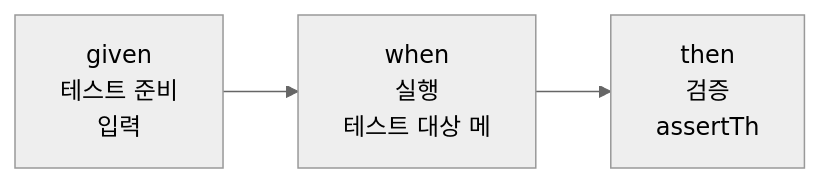
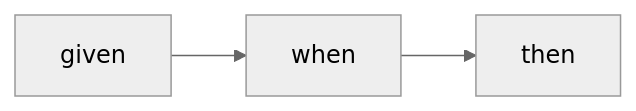
One commit to yjkim2015/yjkim2015.github.io changed the fourth of 5 diagrams in _posts/springboot/2021-05-30-springboot-회원 관리 예제.md. Above: the diagram before and after it, drawn with Mermaid (neutral theme). The commit also changed other lines of this file and 217 other files, not shown here.

First line of the commit message:
Mermaid 크기 수정: useMaxWidth:true + SVG max-width:100% + 라벨 축소

````diff
--- a/_posts/springboot/2021-05-30-springboot-회원 관리 예제.md
+++ b/_posts/springboot/2021-05-30-springboot-회원 관리 예제.md
@@ -310,7 +310,7 @@
 ```mermaid
 graph LR
-    GIVEN["given\n테스트 준비\n입력"]
-    WHEN["when\n실행\n테스트 대상 메"]
-    THEN["then\n검증\nassertTh"]
+    GIVEN["given"]
+    WHEN["when"]
+    THEN["then"]
     GIVEN --> WHEN --> THEN
 ```
````
